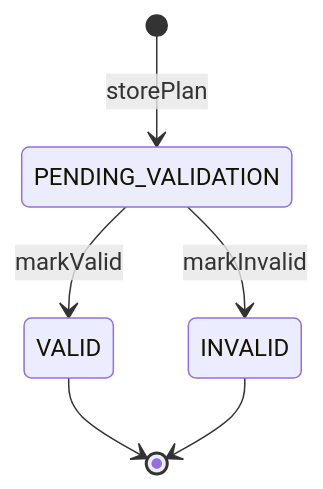
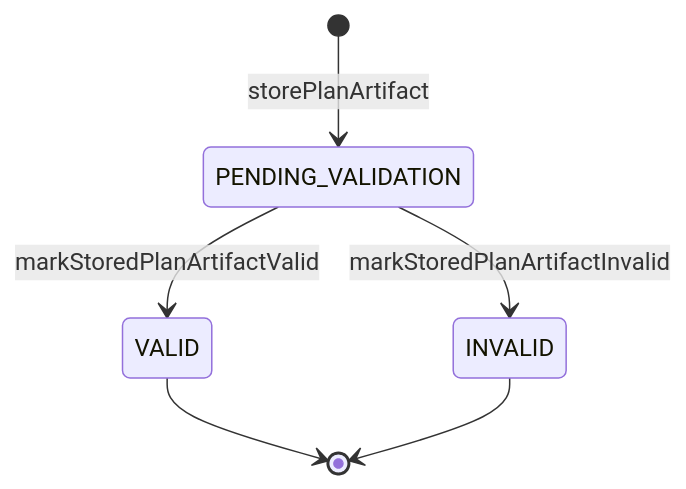
The third of 3 diagrams in docs/guides/postgres-plan-store-user-manual-20260403.md (dunay2/dvt), drawn with Mermaid before and after one commit. The commit also changed other lines of this file and 32 other files, not shown here.

Commit message:
docs(docs): Document scoped plan-store ownership

````diff
--- a/docs/guides/postgres-plan-store-user-manual-20260403.md
+++ b/docs/guides/postgres-plan-store-user-manual-20260403.md
@@ -99,8 +101,8 @@
 ```mermaid
 stateDiagram-v2
-  [*] --> PENDING_VALIDATION: storePlan
-  PENDING_VALIDATION --> VALID: markValid
-  PENDING_VALIDATION --> INVALID: markInvalid
+  [*] --> PENDING_VALIDATION: storePlanArtifact
+  PENDING_VALIDATION --> VALID: markStoredPlanArtifactValid
+  PENDING_VALIDATION --> INVALID: markStoredPlanArtifactInvalid
   VALID --> [*]
   INVALID --> [*]
 ```
````
